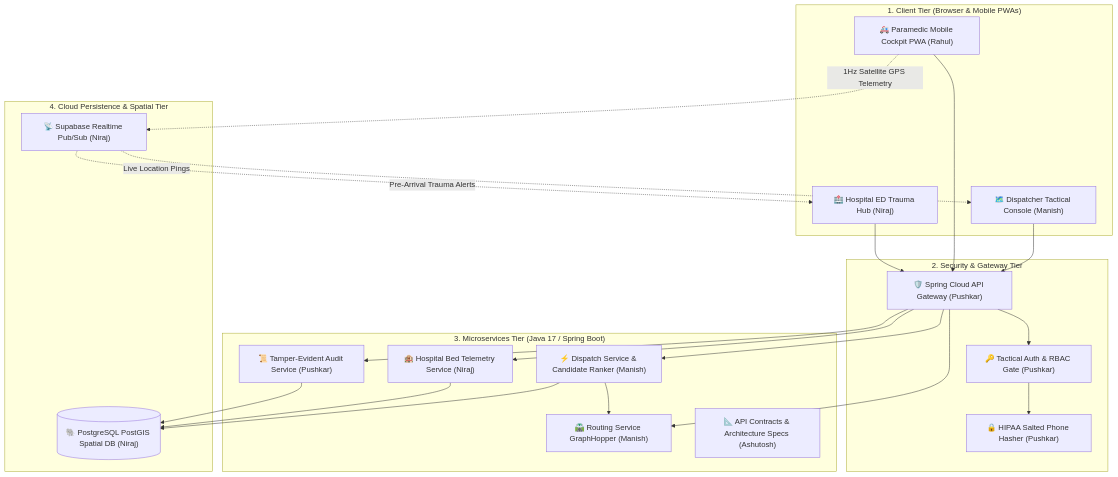
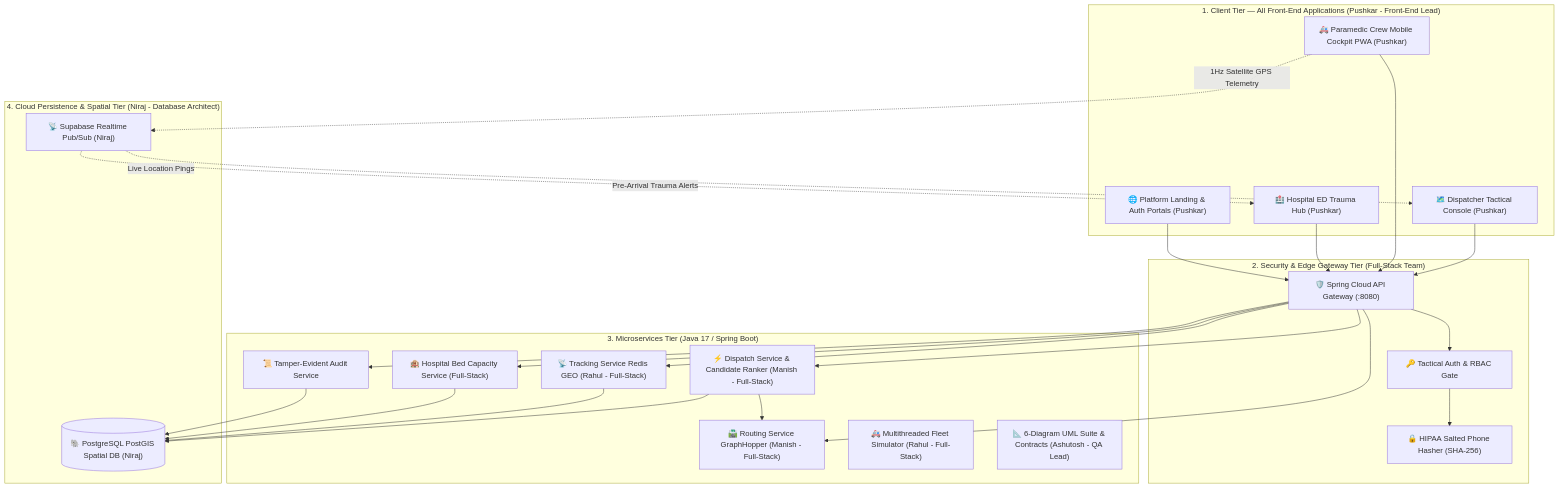
Before and after one commit to manish-12345678911/Ems-platform: the diagram in README.md, drawn with Mermaid. The commit also changed other lines of this file, not shown here.

Commit message:
docs: update team roles - Pushkar frontend lead, Manish & Rahul fullstack, Niraj database, Ashutosh QA

````diff
--- a/README.md
+++ b/README.md
@@ -313,47 +250,53 @@
 ```mermaid
 graph TB
-    subgraph Client_Tier ["1. Client Tier (Browser & Mobile PWAs)"]
-        D_UI["🗺️ Dispatcher Tactical Console (Manish)"]
-        C_UI["🚑 Paramedic Mobile Cockpit PWA (Rahul)"]
-        H_UI["🏥 Hospital ED Trauma Hub (Niraj)"]
+    subgraph Client_Tier ["1. Client Tier — All Front-End Applications (Pushkar - Front-End Lead)"]
+        D_UI["🗺️ Dispatcher Tactical Console (Pushkar)"]
+        C_UI["🚑 Paramedic Crew Mobile Cockpit PWA (Pushkar)"]
+        H_UI["🏥 Hospital ED Trauma Hub (Pushkar)"]
+        L_UI["🌐 Platform Landing & Auth Portals (Pushkar)"]
     end
 
-    subgraph Security_Tier ["2. Security & Gateway Tier"]
-        GW["🛡️ Spring Cloud API Gateway (Pushkar)"]
-        AUTH["🔑 Tactical Auth & RBAC Gate (Pushkar)"]
-        HASH["🔒 HIPAA Salted Phone Hasher (Pushkar)"]
+    subgraph Security_Tier ["2. Security & Edge Gateway Tier (Full-Stack Team)"]
+        GW["🛡️ Spring Cloud API Gateway (:8080)"]
+        AUTH["🔑 Tactical Auth & RBAC Gate"]
+        HASH["🔒 HIPAA Salted Phone Hasher (SHA-256)"]
     end
 
     subgraph Microservices_Tier ["3. Microservices Tier (Java 17 / Spring Boot)"]
-        DS["⚡ Dispatch Service & Candidate Ranker (Manish)"]
-        RS["🛣️ Routing Service GraphHopper (Manish)"]
-        HS["🏨 Hospital Bed Telemetry Service (Niraj)"]
-        AS["📜 Tamper-Evident Audit Service (Pushkar)"]
-        UML["📐 API Contracts & Architecture Specs (Ashutosh)"]
+        DS["⚡ Dispatch Service & Candidate Ranker (Manish - Full-Stack)"]
+        RS["🛣️ Routing Service GraphHopper (Manish - Full-Stack)"]
+        TS["📡 Tracking Service Redis GEO (Rahul - Full-Stack)"]
+        SIM["🚑 Multithreaded Fleet Simulator (Rahul - Full-Stack)"]
+        HS["🏨 Hospital Bed Capacity Service (Full-Stack)"]
+        AS["📜 Tamper-Evident Audit Service"]
+        UML["📐 6-Diagram UML Suite & Contracts (Ashutosh - QA Lead)"]
     end
 
-    subgraph Persistence_Tier ["4. Cloud Persistence & Spatial Tier"]
+    subgraph Persistence_Tier ["4. Cloud Persistence & Spatial Tier (Niraj - Database Architect)"]
         DB[("🐘 PostgreSQL PostGIS Spatial DB (Niraj)")]
         RT["📡 Supabase Realtime Pub/Sub (Niraj)"]
     end
 
     D_UI --> GW
     C_UI --> GW
     H_UI --> GW
+    L_UI --> GW
 
     GW --> AUTH
     AUTH --> HASH
     GW --> DS
     GW --> RS
+    GW --> TS
     GW --> HS
     GW --> AS
 
     DS --> RS
     DS --> DB
+    TS --> DB
     HS --> DB
     AS --> DB
 
     C_UI -.->|1Hz Satellite GPS Telemetry| RT
     RT -.->|Live Location Pings| D_UI
     RT -.->|Pre-Arrival Trauma Alerts| H_UI
 ```
````
